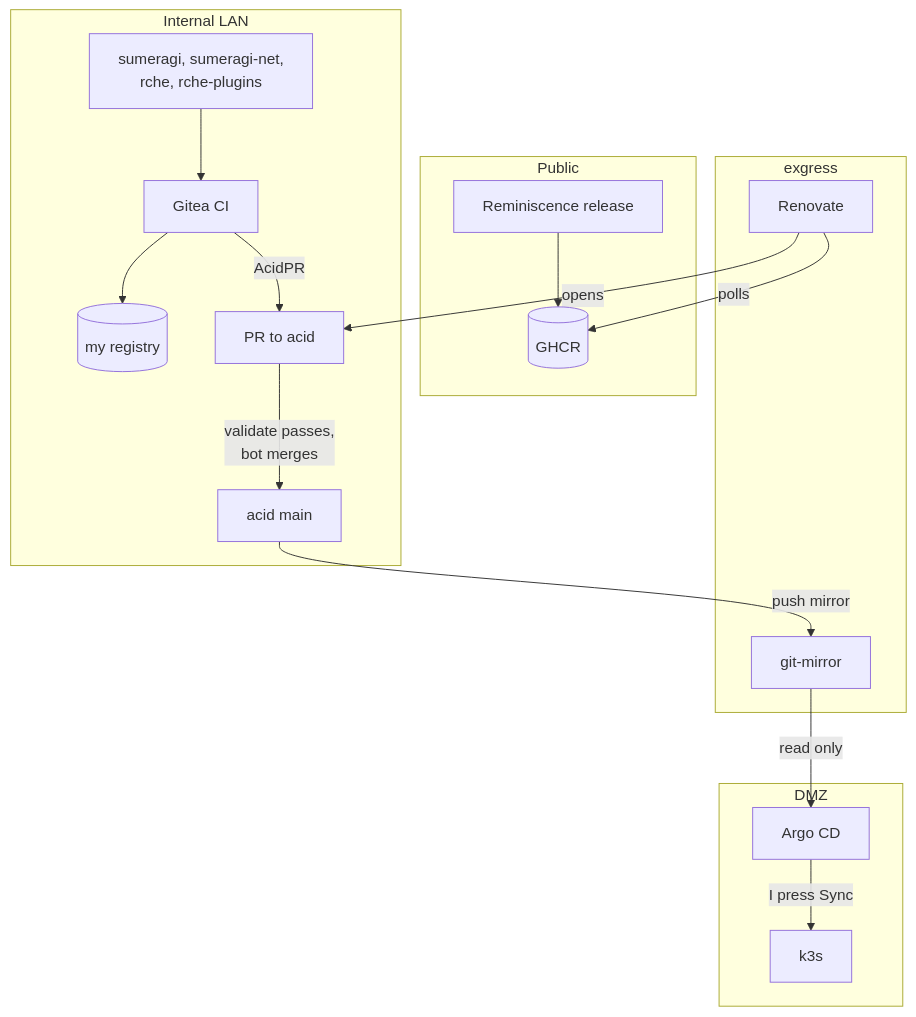
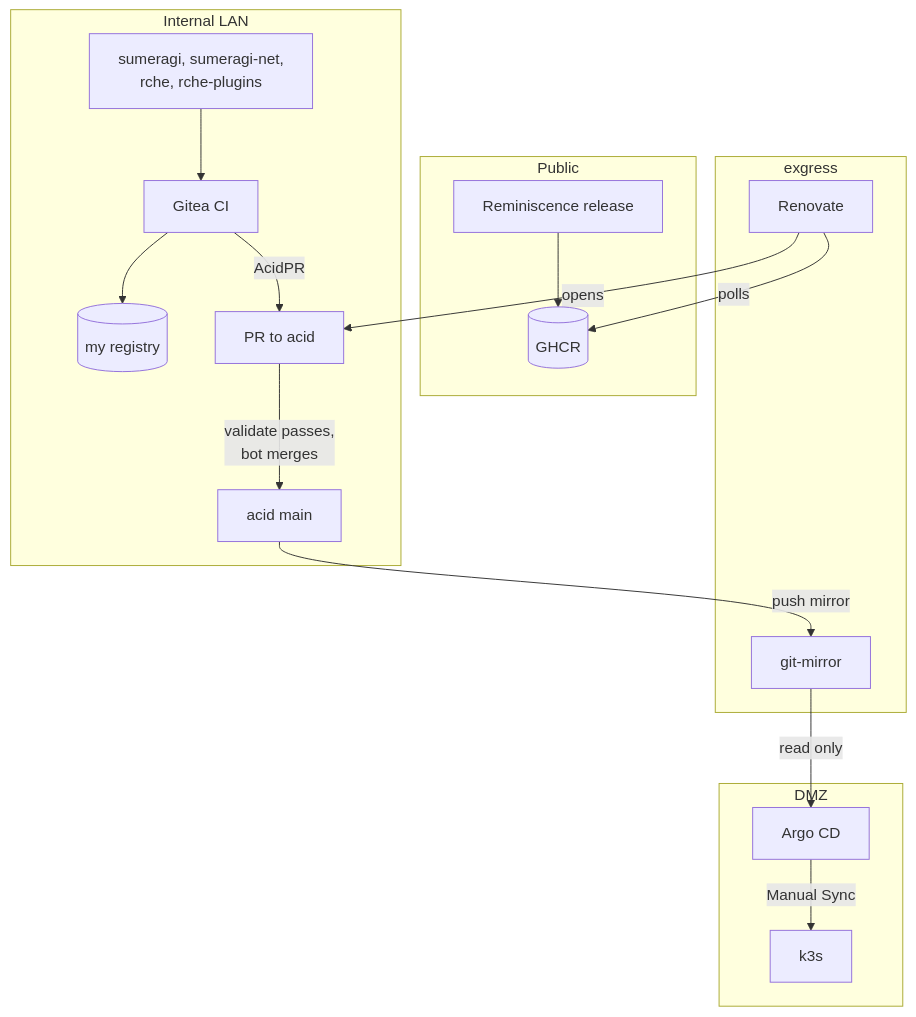
The diagram in content/posts/sumeragi-k3s-image-promotion/index.md (Umi4Life/umi4.life), drawn with Mermaid before and after one commit. The commit also changed other lines of this file and 4 other files, not shown here.

````diff
--- a/content/posts/sumeragi-k3s-image-promotion/index.md
+++ b/content/posts/sumeragi-k3s-image-promotion/index.md
@@ -160,23 +154,23 @@
 ```mermaid
 flowchart TB
   subgraph pub["Public"]
     RM[Reminiscence release] --> GHCR[(GHCR)]
   end
   subgraph lan["Internal LAN"]
     SRC["sumeragi, sumeragi-net,<br/>rche, rche-plugins"] --> CI[Gitea CI]
     CI --> REG[(my registry)]
     CI -- AcidPR --> PR[PR to acid]
     PR -- "validate passes,<br/>bot merges" --> ACID[acid main]
   end
   subgraph edge["exgress"]
     REN[Renovate]
     MIR[git-mirror]
   end
   subgraph dmz["DMZ"]
-    ARGO[Argo CD] -- "I press Sync" --> K3S[k3s]
+    ARGO[Argo CD] -- "Manual Sync" --> K3S[k3s]
   end
   REN -- polls --> GHCR
   REN -- opens --> PR
   ACID -- push mirror --> MIR
   MIR -- read only --> ARGO
 ```
````
